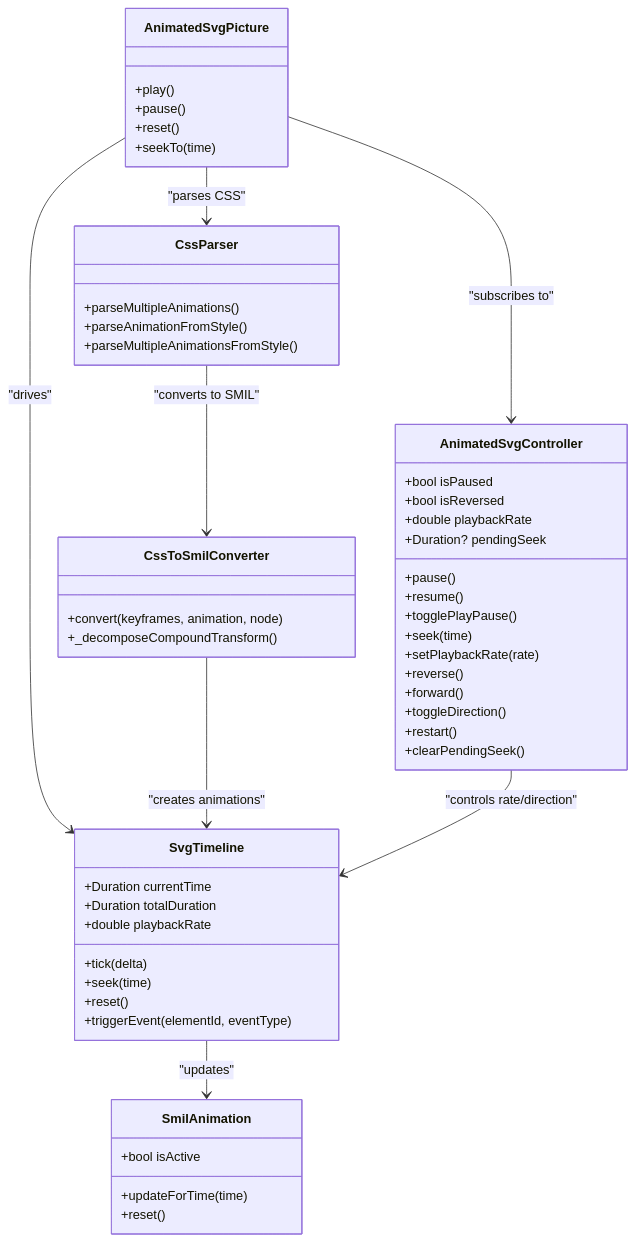
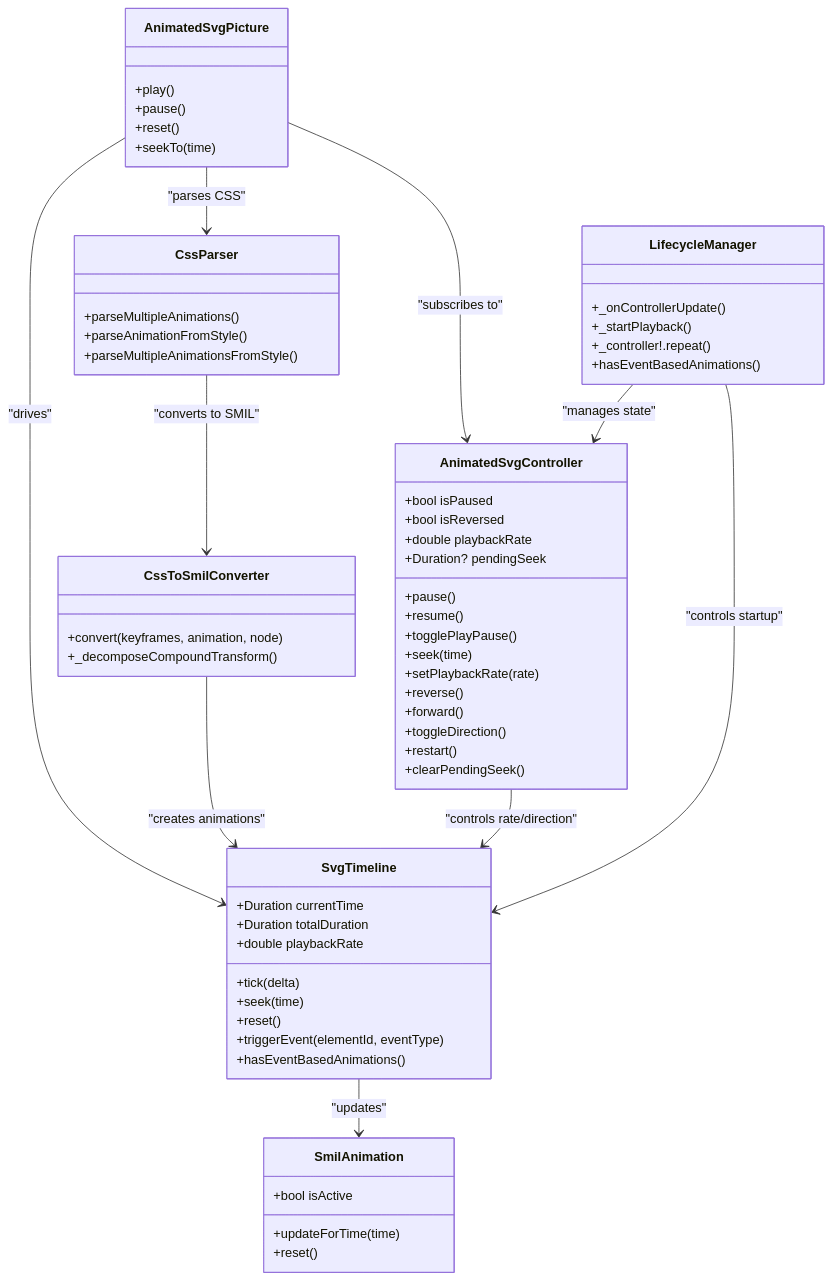
The third of 3 diagrams in .qoder/repowiki/en/content/Animated SVG Support/Animation Control and Playback.md (denisnadey/flutter_full_svg_support), drawn with Mermaid before and after one commit. The commit also changed other lines of this file and 2 other files, not shown here.

First line of the commit message:
feat(animation): enhance event-driven animation detection and controller lifecycle

````diff
--- a/.qoder/repowiki/en/content/Animated SVG Support/Animation Control and Playback.md
+++ b/.qoder/repowiki/en/content/Animated SVG Support/Animation Control and Playback.md
@@ -407,55 +556,64 @@
 ```mermaid
 classDiagram
 class AnimatedSvgController {
 +bool isPaused
 +bool isReversed
 +double playbackRate
 +Duration? pendingSeek
 +pause()
 +resume()
 +togglePlayPause()
 +seek(time)
 +setPlaybackRate(rate)
 +reverse()
 +forward()
 +toggleDirection()
 +restart()
 +clearPendingSeek()
 }
 class AnimatedSvgPicture {
 +play()
 +pause()
 +reset()
 +seekTo(time)
 }
 class SvgTimeline {
 +Duration currentTime
 +Duration totalDuration
 +double playbackRate
 +tick(delta)
 +seek(time)
 +reset()
 +triggerEvent(elementId, eventType)
++hasEventBasedAnimations()
 }
 class SmilAnimation {
 +bool isActive
 +updateForTime(time)
 +reset()
 }
 class CssParser {
 +parseMultipleAnimations()
 +parseAnimationFromStyle()
 +parseMultipleAnimationsFromStyle()
 }
 class CssToSmilConverter {
 +convert(keyframes, animation, node)
 +_decomposeCompoundTransform()
 }
+class LifecycleManager {
++_onControllerUpdate()
++_startPlayback()
++_controller!.repeat()
++hasEventBasedAnimations()
+}
 AnimatedSvgPicture --> AnimatedSvgController : "subscribes to"
 AnimatedSvgPicture --> SvgTimeline : "drives"
 SvgTimeline --> SmilAnimation : "updates"
 AnimatedSvgPicture --> CssParser : "parses CSS"
 CssParser --> CssToSmilConverter : "converts to SMIL"
 CssToSmilConverter --> SvgTimeline : "creates animations"
 AnimatedSvgController --> SvgTimeline : "controls rate/direction"
+LifecycleManager --> AnimatedSvgController : "manages state"
+LifecycleManager --> SvgTimeline : "controls startup"
 ```
````
